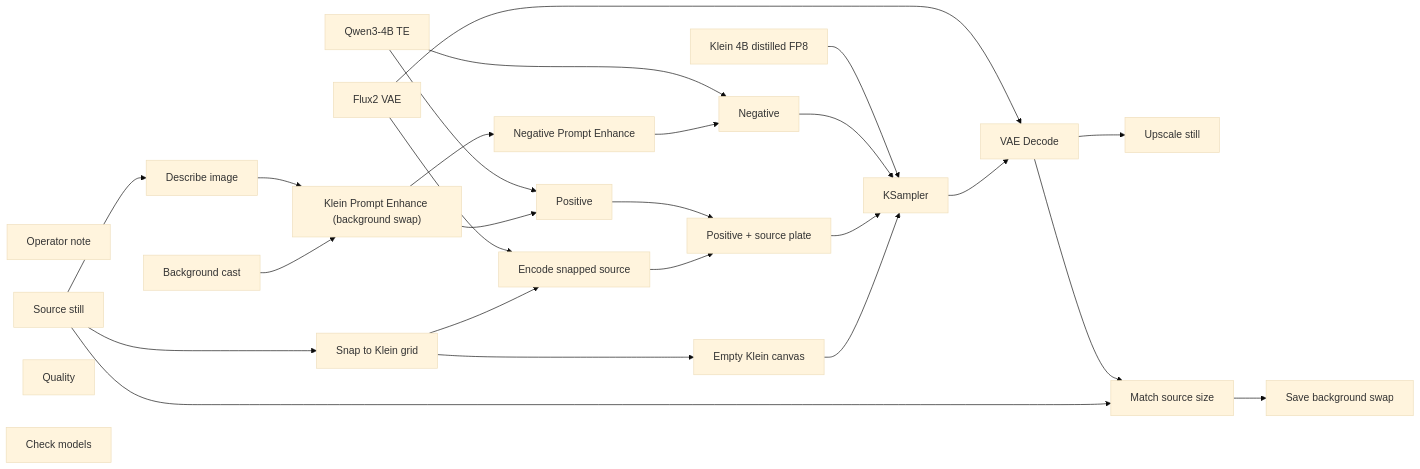
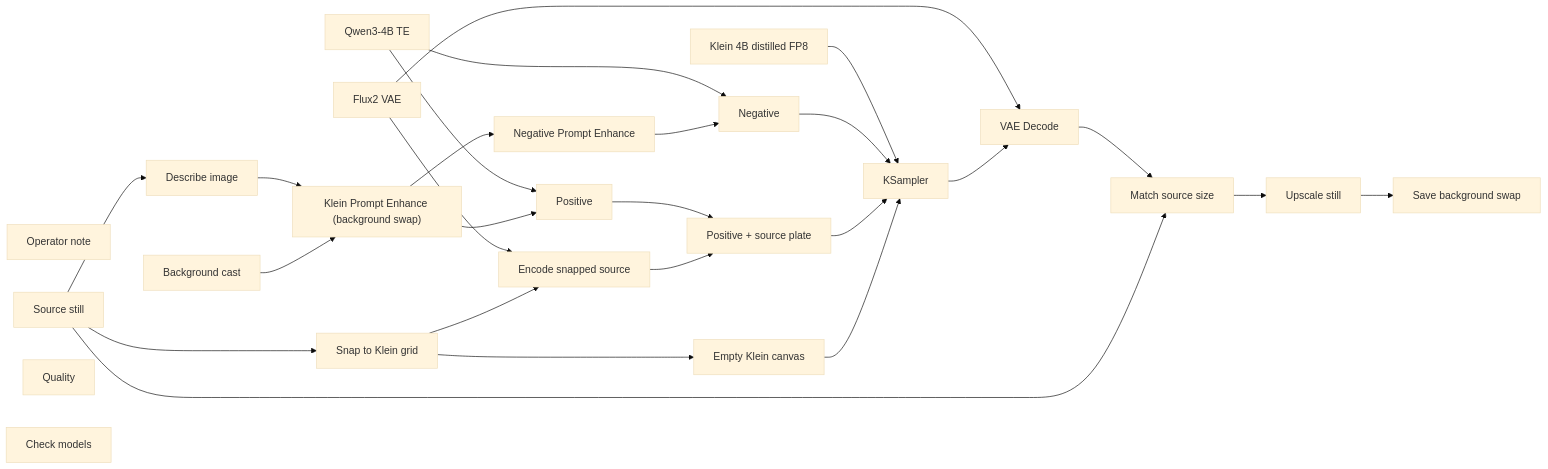
The diagram in docs/generated/workflows/stills/background-swap.md (toxicoder/ez-comfy-stack), drawn with Mermaid (base theme) before and after one commit. The commit also changed other lines of this file and 9 other files, not shown here.

````diff
--- a/docs/generated/workflows/stills/background-swap.md
+++ b/docs/generated/workflows/stills/background-swap.md
@@ -53,49 +53,49 @@
 ```mermaid
 flowchart LR
   N1["Klein 4B distilled FP8"]
   N2["Qwen3-4B TE"]
   N3["Flux2 VAE"]
   N4["Positive"]
   N5["Negative"]
   N7["KSampler"]
   N8["VAE Decode"]
   N9["Save background swap"]
   N10["Operator note"]
   N11["Source still"]
   N12["Klein Prompt Enhance (background swap)"]
   N13["Negative Prompt Enhance"]
   N14["Quality"]
   N18["Upscale still"]
   N19["Describe image"]
   N20["Encode snapped source"]
   N21["Positive + source plate"]
   N22["Snap to Klein grid"]
   N23["Match source size"]
   N24["Background cast"]
   N25["Check models"]
   N26["Empty Klein canvas"]
   N1 --> N7
   N2 --> N4
   N2 --> N5
   N3 --> N8
   N3 --> N20
   N4 --> N21
   N5 --> N7
   N7 --> N8
-  N8 --> N18
   N8 --> N23
   N11 --> N22
   N11 --> N23
   N11 --> N19
   N12 --> N4
   N12 --> N13
   N13 --> N5
   N19 --> N12
   N20 --> N21
   N21 --> N7
   N22 --> N20
   N22 --> N26
-  N23 --> N9
+  N23 --> N18
+  N18 --> N9
   N24 --> N12
   N26 --> N7
 ```
````
